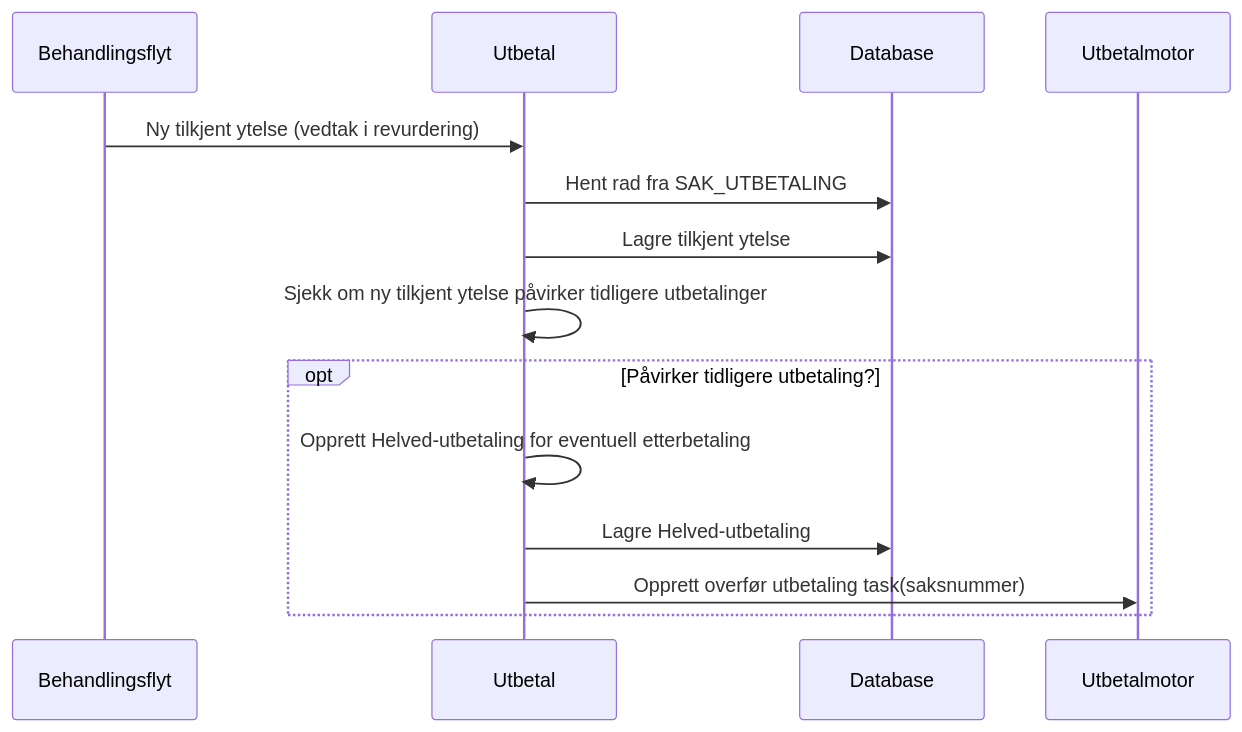
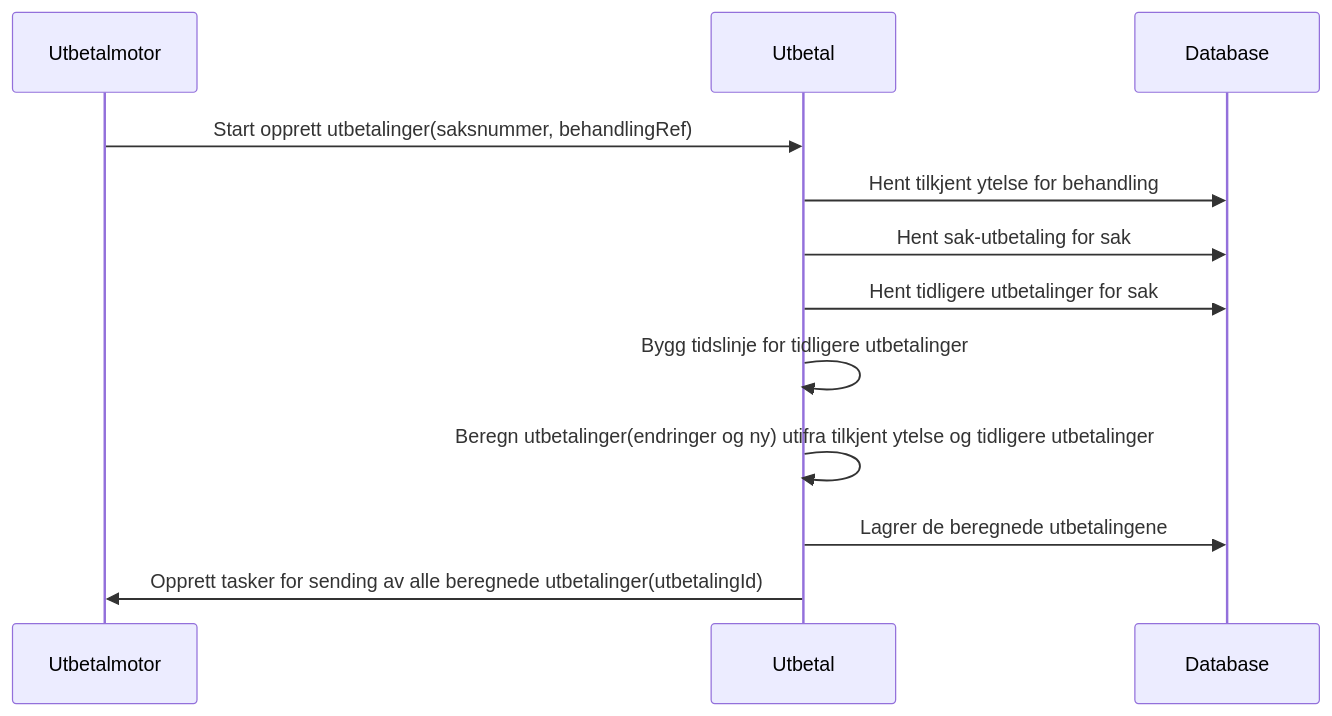
The third of 6 diagrams in README.md (navikt/aap-utbetal), drawn with Mermaid before and after one commit. The commit also changed other lines of this file, not shown here.

````diff
--- a/README.md
+++ b/README.md
@@ -44,12 +44,11 @@
 ```mermaid
 sequenceDiagram
-    Behandlingsflyt->>Utbetal: Ny tilkjent ytelse (vedtak i revurdering)
-    Utbetal->>Database: Hent rad fra SAK_UTBETALING
-    Utbetal->>Database: Lagre tilkjent ytelse
-    Utbetal->>Utbetal: Sjekk om ny tilkjent ytelse påvirker tidligere utbetalinger
-    opt Påvirker tidligere utbetaling?
-        Utbetal->>Utbetal: Opprett Helved-utbetaling for eventuell etterbetaling
-        Utbetal->>Database: Lagre Helved-utbetaling
-        Utbetal->>Utbetalmotor: Opprett overfør utbetaling task(saksnummer)
-    end
+    Utbetalmotor->>Utbetal: Start opprett utbetalinger(saksnummer, behandlingRef)
+    Utbetal->>Database: Hent tilkjent ytelse for behandling
+    Utbetal->>Database: Hent sak-utbetaling for sak
+    Utbetal->>Database: Hent tidligere utbetalinger for sak
+    Utbetal->>Utbetal: Bygg tidslinje for tidligere utbetalinger
+    Utbetal->>Utbetal: Beregn utbetalinger(endringer og ny) utifra tilkjent ytelse og tidligere utbetalinger
+    Utbetal->>Database: Lagrer de beregnede utbetalingene
+    Utbetal->>Utbetalmotor: Opprett tasker for sending av alle beregnede utbetalinger(utbetalingId)
 ```
````
